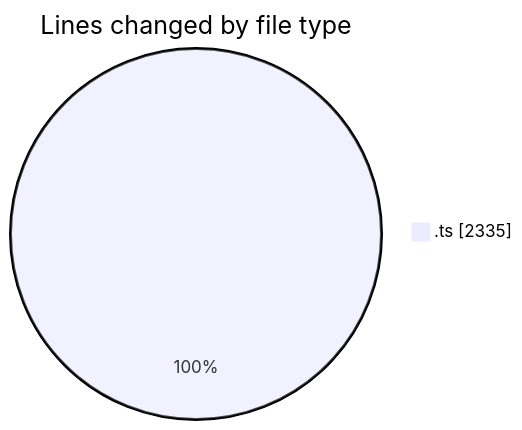
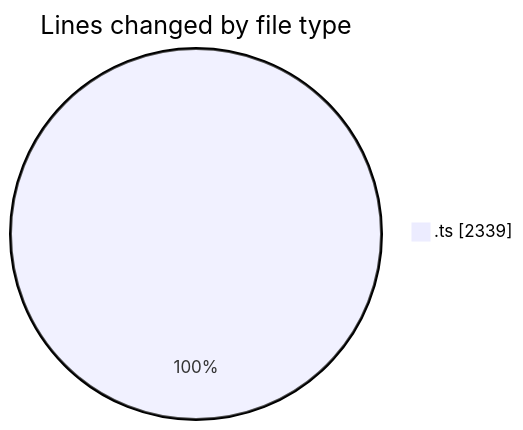
The first of 2 diagrams in 2025-10-23/cda/README.md (momahboobian/code-tracking), drawn with Mermaid before and after one commit. The commit also changed other lines of this file and 1 other file, not shown here.

````diff
--- a/2025-10-23/cda/README.md
+++ b/2025-10-23/cda/README.md
@@ -23,5 +23,5 @@
 ```mermaid
 pie showData
 title Lines changed by file type
-".ts" : 2335
+".ts" : 2339
 ```
````
